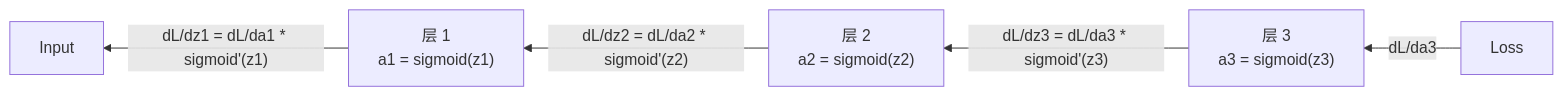
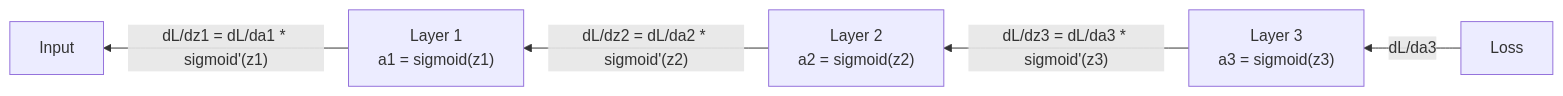
One commit to arwei944/ai-engineering-from-scratch changed the third of 3 diagrams in phases/03-deep-learning-core/03-backpropagation/docs/zh.md. Above: the diagram before and after it, drawn with Mermaid. The commit also changed other lines of this file and 65 other files, not shown here.

````diff
--- a/phases/03-deep-learning-core/03-backpropagation/docs/zh.md
+++ b/phases/03-deep-learning-core/03-backpropagation/docs/zh.md
@@ -79,7 +79,7 @@
 ```mermaid
 graph RL
-    L["Loss"] -- "dL/da3" --> L3["层 3\na3 = sigmoid(z3)"]
-    L3 -- "dL/dz3 = dL/da3 * sigmoid'(z3)" --> L2["层 2\na2 = sigmoid(z2)"]
-    L2 -- "dL/dz2 = dL/da2 * sigmoid'(z2)" --> L1["层 1\na1 = sigmoid(z1)"]
+    L["Loss"] -- "dL/da3" --> L3["Layer 3\na3 = sigmoid(z3)"]
+    L3 -- "dL/dz3 = dL/da3 * sigmoid'(z3)" --> L2["Layer 2\na2 = sigmoid(z2)"]
+    L2 -- "dL/dz2 = dL/da2 * sigmoid'(z2)" --> L1["Layer 1\na1 = sigmoid(z1)"]
     L1 -- "dL/dz1 = dL/da1 * sigmoid'(z1)" --> I["Input"]
 ```
````
